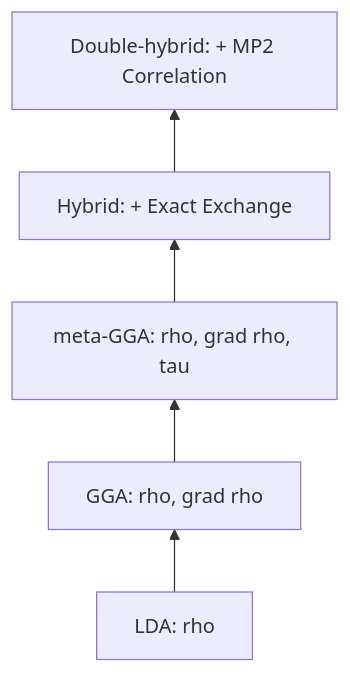
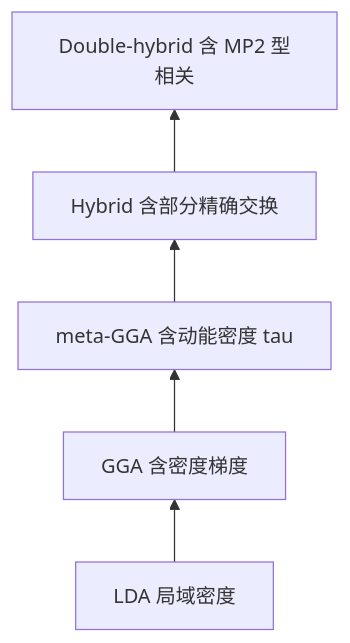
Diagram 16 of 20 in materials/learning/classical-chem/learning/量子化学理论基础与方法_合并本.md (sunhl4/PandM), drawn with Mermaid before and after one commit. The commit also changed other lines of this file and 3 other files, not shown here.

````diff
--- a/materials/learning/classical-chem/learning/量子化学理论基础与方法_合并本.md
+++ b/materials/learning/classical-chem/learning/量子化学理论基础与方法_合并本.md
@@ -5471,9 +4967,9 @@
 ```mermaid
 flowchart BT
-    A[LDA: rho]
-    B[GGA: rho, grad rho]
-    C[meta-GGA: rho, grad rho, tau]
-    D[Hybrid: + Exact Exchange]
-    E[Double-hybrid: + MP2 Correlation]
-    A --> B --> C --> D --> E
+    S1["LDA 局域密度"]
+    S2["GGA 含密度梯度"]
+    S3["meta-GGA 含动能密度 tau"]
+    S4["Hybrid 含部分精确交换"]
+    S5["Double-hybrid 含 MP2 型相关"]
+    S1 --> S2 --> S3 --> S4 --> S5
 ```
````
